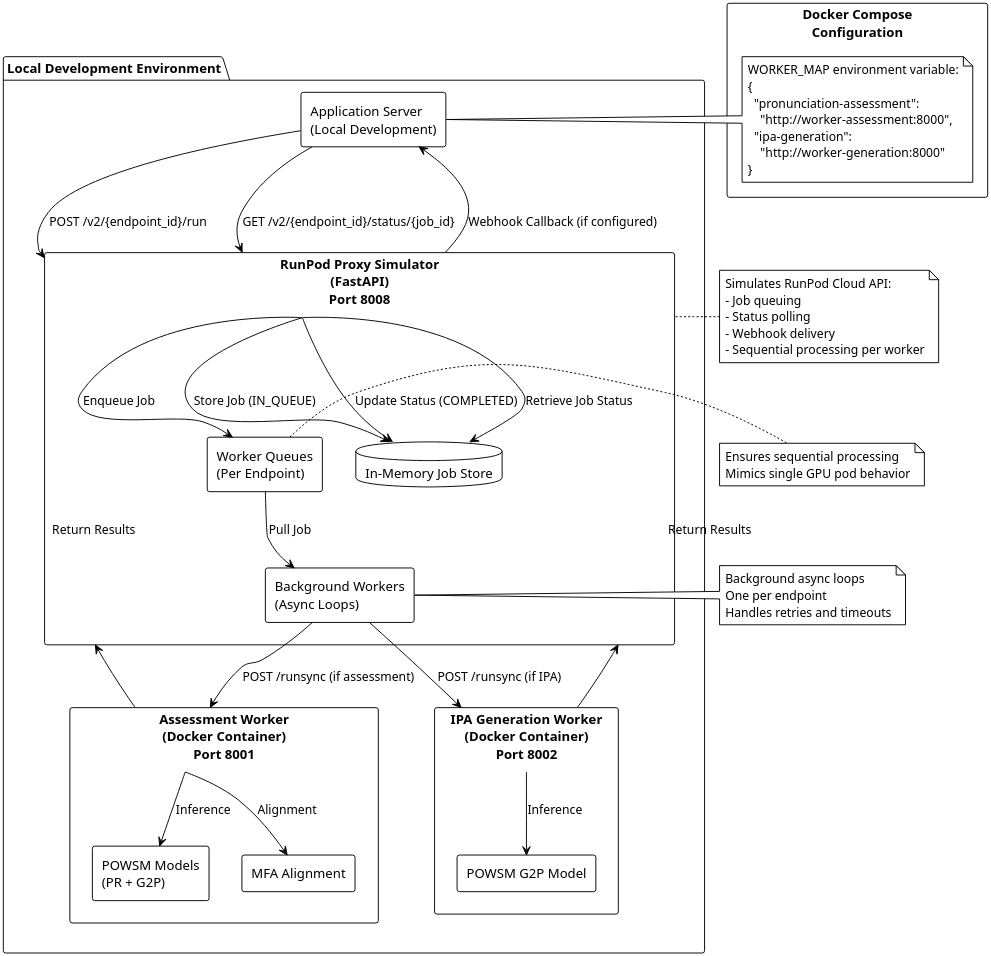
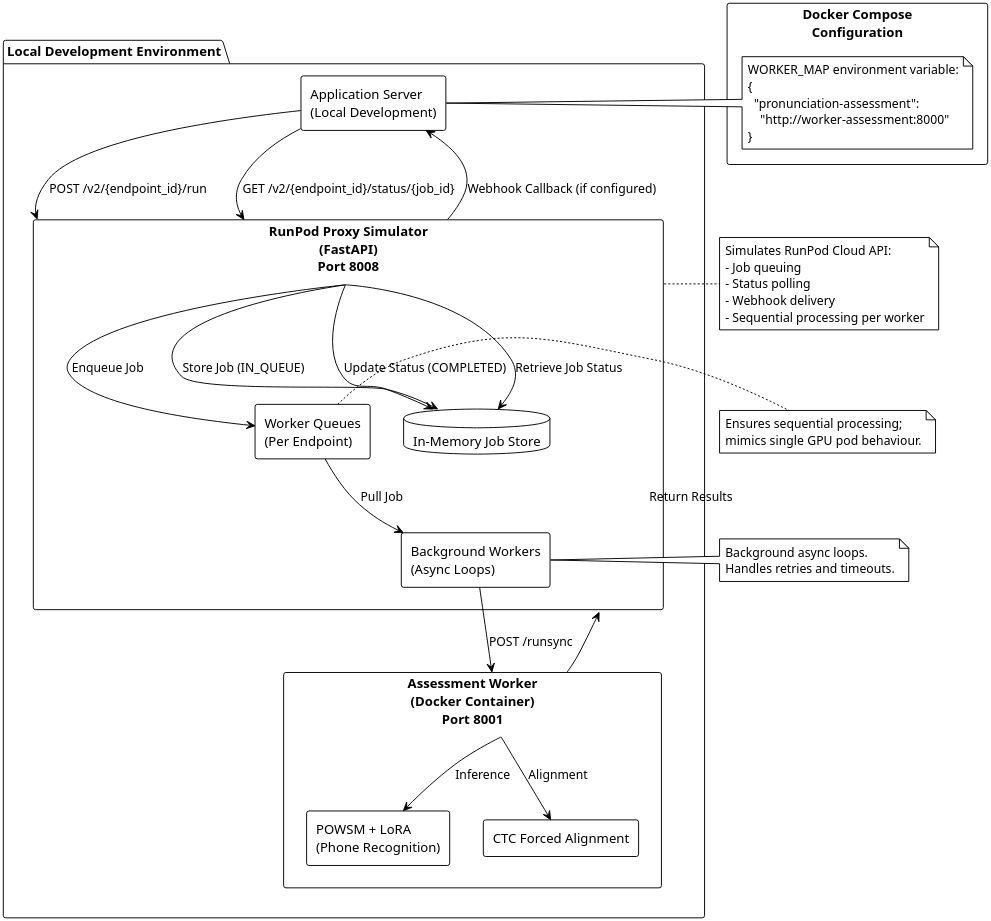
Before and after one commit to umitcan07/senior: the diagram in doc/report/diagrams/runpod-simulator.puml, drawn with PlantUML. The commit also changed 40 other files, not shown here.

```diff
--- a/doc/report/diagrams/runpod-simulator.puml
+++ b/doc/report/diagrams/runpod-simulator.puml
@@ -1,76 +1,66 @@
 @startuml
 !theme plain
 skinparam componentStyle rectangle
 skinparam dpi 300
 
 package "Local Development Environment" {
-  
+
   component "RunPod Proxy Simulator\n(FastAPI)\nPort 8008" as Proxy {
     database "In-Memory Job Store" as JobStore
     component "Worker Queues\n(Per Endpoint)" as Queues
     component "Background Workers\n(Async Loops)" as Workers
   }
-  
+
   component "Assessment Worker\n(Docker Container)\nPort 8001" as WorkerAssessment {
-    component "POWSM Models\n(PR + G2P)" as Models
-    component "MFA Alignment" as MFA
+    component "POWSM + LoRA\n(Phone Recognition)" as Models
+    component "CTC Forced Alignment" as Align
   }
-  
-  component "IPA Generation Worker\n(Docker Container)\nPort 8002" as WorkerIPA {
-    component "POWSM G2P Model" as G2PModel
-  }
-  
+
   component "Application Server\n(Local Development)" as AppServer
 }
 
 ' Configuration
 component "Docker Compose\nConfiguration" as DockerCompose {
   note right
     WORKER_MAP environment variable:
     {
-      "pronunciation-assessment": 
-        "http://worker-assessment:8000",
-      "ipa-generation": 
-        "http://worker-generation:8000"
+      "pronunciation-assessment":
+        "http://worker-assessment:8000"
     }
   end note
 }
 
 ' Flow
 AppServer --> Proxy : POST /v2/{endpoint_id}/run
 Proxy --> JobStore : Store Job (IN_QUEUE)
 Proxy --> Queues : Enqueue Job
 Queues --> Workers : Pull Job
-Workers --> WorkerAssessment : POST /runsync (if assessment)
-Workers --> WorkerIPA : POST /runsync (if IPA)
+Workers --> WorkerAssessment : POST /runsync
 WorkerAssessment --> Models : Inference
-WorkerAssessment --> MFA : Alignment
-WorkerIPA --> G2PModel : Inference
+WorkerAssessment --> Align : Alignment
 WorkerAssessment --> Proxy : Return Results
-WorkerIPA --> Proxy : Return Results
 Proxy --> JobStore : Update Status (COMPLETED)
 Proxy --> AppServer : Webhook Callback (if configured)
 
 AppServer --> Proxy : GET /v2/{endpoint_id}/status/{job_id}
 Proxy --> JobStore : Retrieve Job Status
 
 note right of Proxy
   Simulates RunPod Cloud API:
   - Job queuing
   - Status polling
   - Webhook delivery
   - Sequential processing per worker
 end note
 
 note right of Workers
-  Background async loops
-  One per endpoint
-  Handles retries and timeouts
+  Background async loops.
+  Handles retries and timeouts.
 end note
 
 note right of Queues
-  Ensures sequential processing
-  Mimics single GPU pod behavior
+  Ensures sequential processing;
+  mimics single GPU pod behaviour.
 end note
 
 @enduml
```
